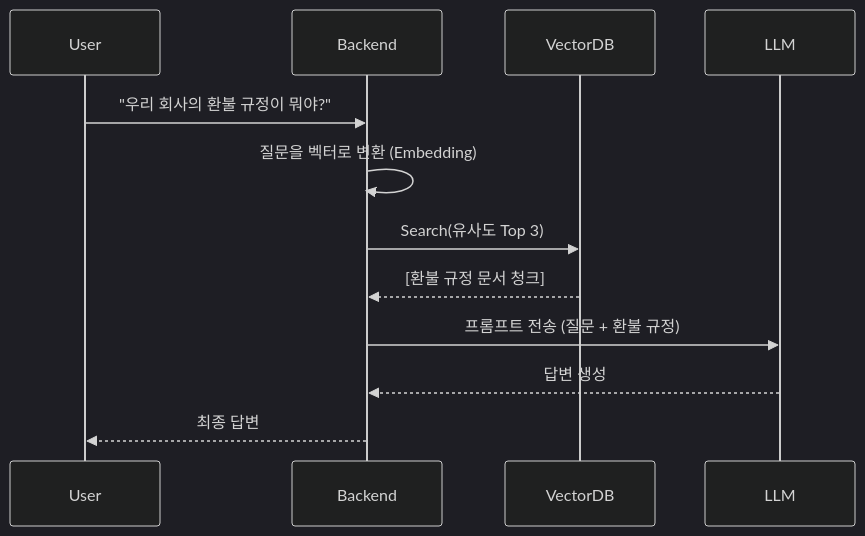
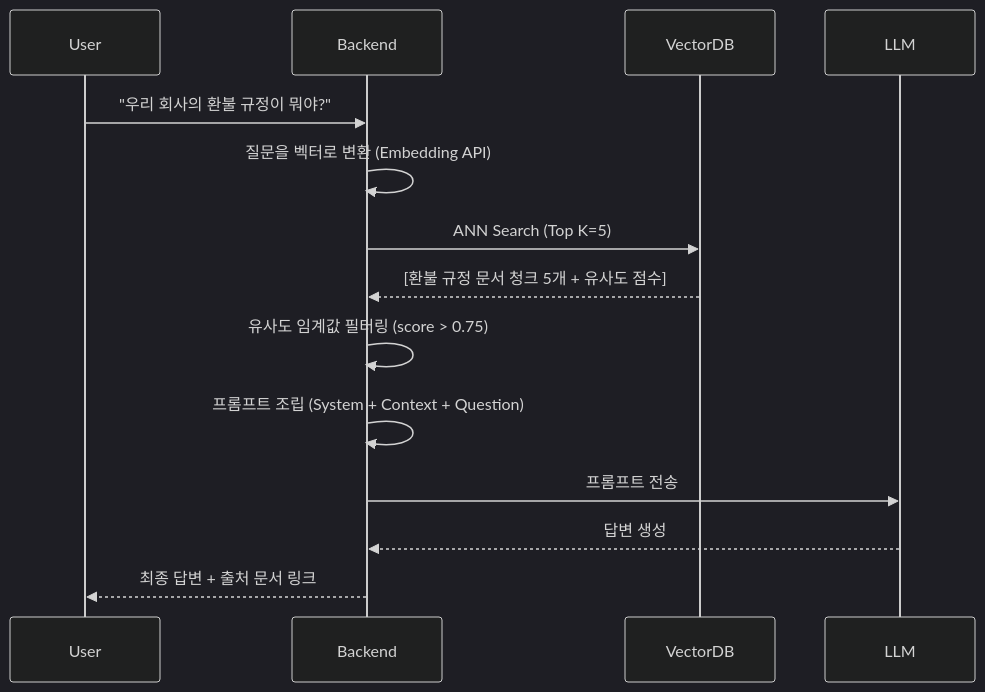
Before and after one commit to jyukki97/study-blog: the second of 2 diagrams in content/learning/deep-dive/deep-dive-vector-db-internals.md, drawn with Mermaid (dark theme). The commit also changed other lines of this file and 11 other files, not shown here.

````diff
--- a/content/learning/deep-dive/deep-dive-vector-db-internals.md
+++ b/content/learning/deep-dive/deep-dive-vector-db-internals.md
@@ -65,16 +172,18 @@
 ```mermaid
 sequenceDiagram
     participant User
     participant Backend
     participant VectorDB
     participant LLM
     
     User->>Backend: "우리 회사의 환불 규정이 뭐야?"
-    Backend->>Backend: 질문을 벡터로 변환 (Embedding)
-    Backend->>VectorDB: Search(유사도 Top 3)
-    VectorDB-->>Backend: [환불 규정 문서 청크]
+    Backend->>Backend: 질문을 벡터로 변환 (Embedding API)
+    Backend->>VectorDB: ANN Search (Top K=5)
+    VectorDB-->>Backend: [환불 규정 문서 청크 5개 + 유사도 점수]
     
-    Backend->>LLM: 프롬프트 전송 (질문 + 환불 규정)
+    Backend->>Backend: 유사도 임계값 필터링 (score > 0.75)
+    Backend->>Backend: 프롬프트 조립 (System + Context + Question)
+    Backend->>LLM: 프롬프트 전송
     LLM-->>Backend: 답변 생성
-    Backend-->>User: 최종 답변
+    Backend-->>User: 최종 답변 + 출처 문서 링크
 ```
````
